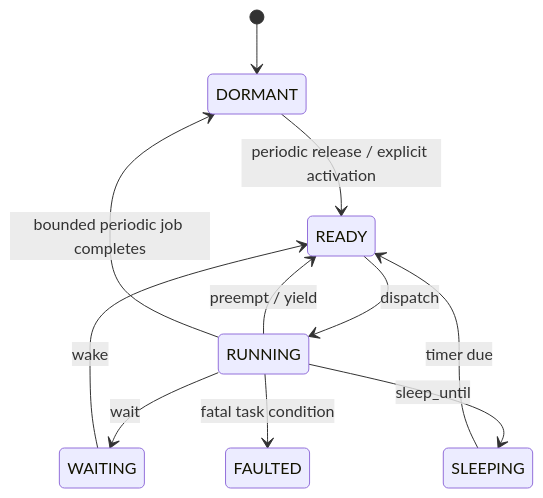
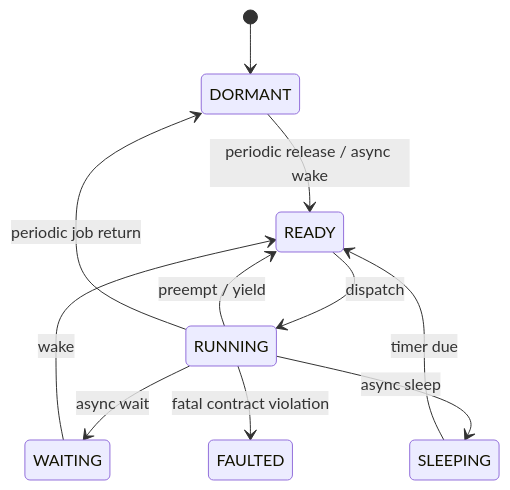
Before and after one commit to tumblewhead/arghtos: the third of 3 diagrams in architecture/A0-architecture-overview.md, drawn with Mermaid. The commit also changed other lines of this file, not shown here.

Commit message:
Align architecture overview with full SRAM residency and audited contracts

````diff
--- a/architecture/A0-architecture-overview.md
+++ b/architecture/A0-architecture-overview.md
@@ -106,13 +105,13 @@
 ```mermaid
 stateDiagram-v2
   [*] --> DORMANT
-  DORMANT --> READY: periodic release / explicit activation
+  DORMANT --> READY: periodic release / async wake
   READY --> RUNNING: dispatch
   RUNNING --> READY: preempt / yield
-  RUNNING --> WAITING: wait
+  RUNNING --> WAITING: async wait
   WAITING --> READY: wake
-  RUNNING --> SLEEPING: sleep_until
+  RUNNING --> SLEEPING: async sleep
   SLEEPING --> READY: timer due
-  RUNNING --> DORMANT: bounded periodic job completes
-  RUNNING --> FAULTED: fatal task condition
+  RUNNING --> DORMANT: periodic job return
+  RUNNING --> FAULTED: fatal contract violation
 ```
````
